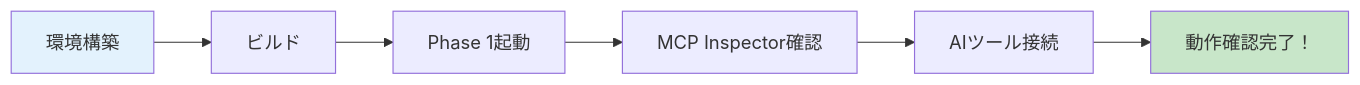
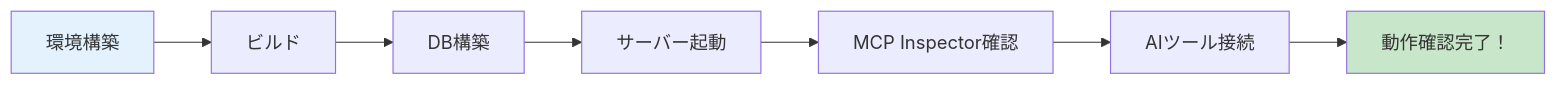
The second of 2 diagrams in docs/articles/03-setup-guide.md (kumagoro1202/nablarch-mcp-server), drawn with Mermaid before and after one commit. The commit also changed other lines of this file and 18 other files, not shown here.

````diff
--- a/docs/articles/03-setup-guide.md
+++ b/docs/articles/03-setup-guide.md
@@ -645,11 +776,12 @@
 ```mermaid
 graph LR
     A[環境構築] --> B[ビルド]
-    B --> C[Phase 1起動]
-    C --> D[MCP Inspector確認]
-    D --> E[AIツール接続]
-    E --> F[動作確認完了！]
+    B --> C[DB構築]
+    C --> D[サーバー起動]
+    D --> E[MCP Inspector確認]
+    E --> F[AIツール接続]
+    F --> G[動作確認完了！]
 
     style A fill:#e3f2fd
-    style F fill:#c8e6c9
+    style G fill:#c8e6c9
 ```
````
